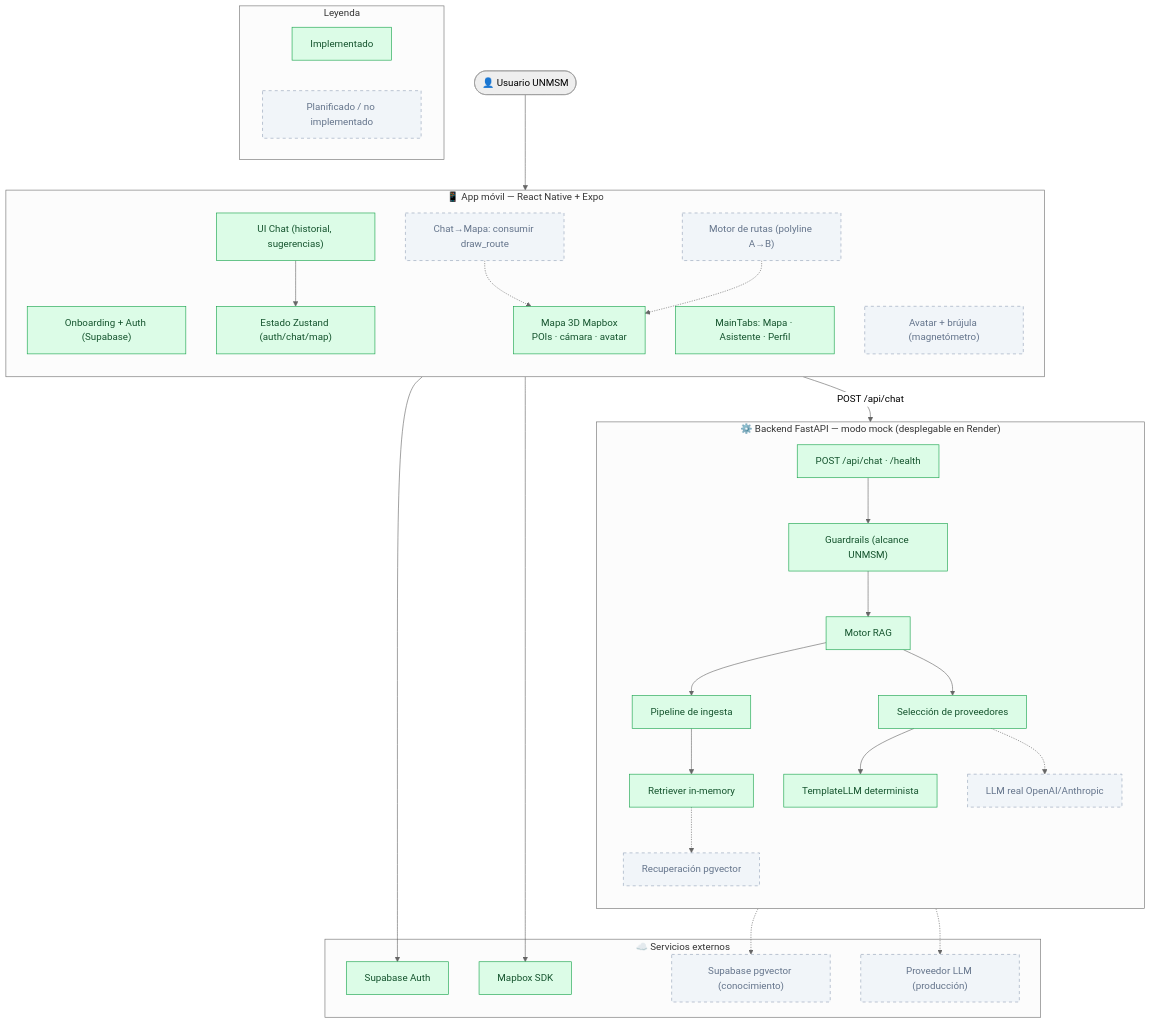
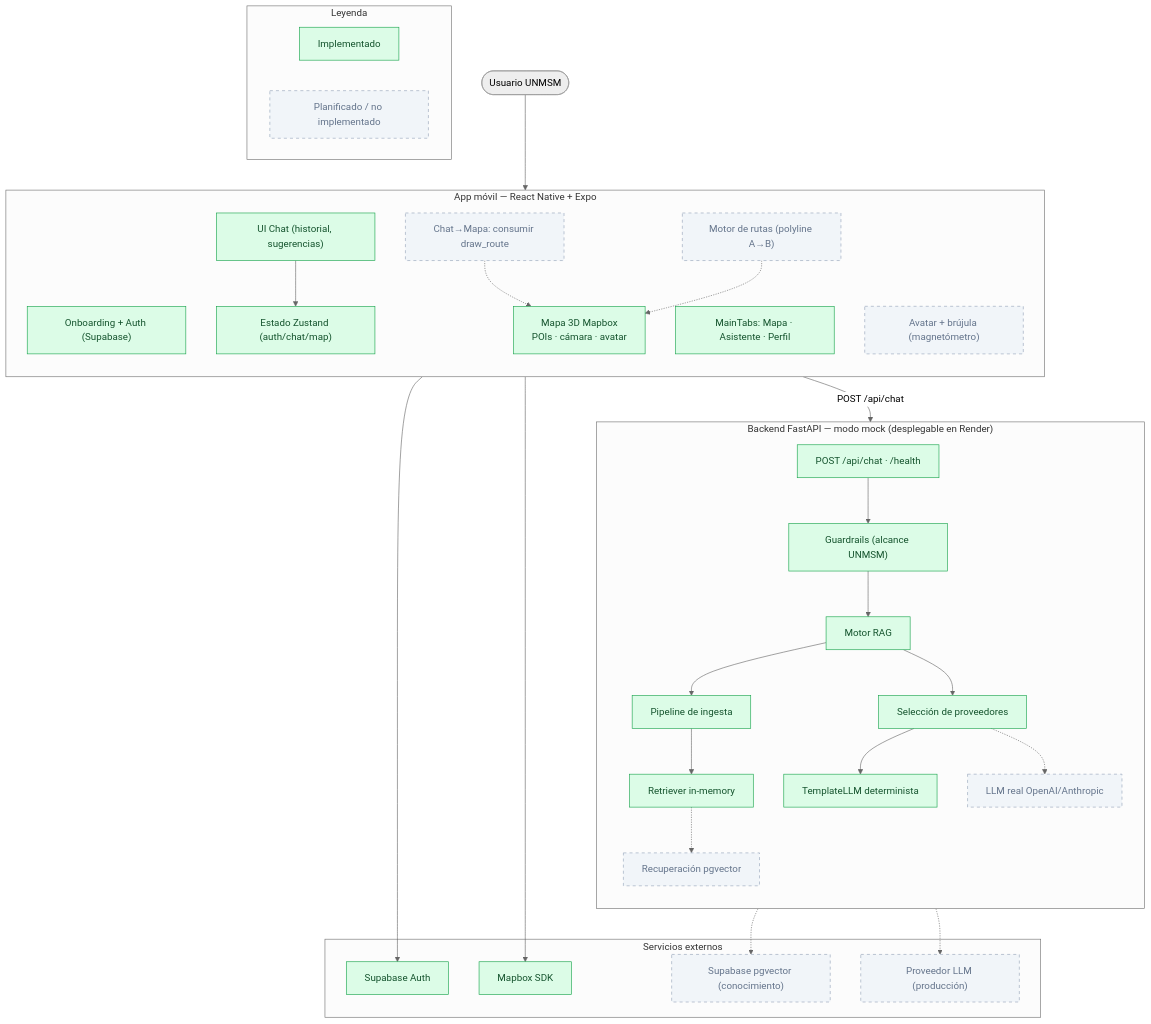
One commit to frank777ch/OndeSanMarcos changed the fifth of 5 diagrams in documents/01-arquitectura-general.md. Above: the diagram before and after it, drawn with Mermaid (neutral theme). The commit also changed other lines of this file and 7 other files, not shown here.

````diff
--- a/documents/01-arquitectura-general.md
+++ b/documents/01-arquitectura-general.md
@@ -224,59 +229,59 @@
 ```mermaid
 graph TB
-    user(["👤 Usuario UNMSM"])
+    user(["Usuario UNMSM"])
 
-    subgraph app["📱 App móvil — React Native + Expo"]
+    subgraph app["App móvil — React Native + Expo"]
         direction TB
         onb["Onboarding + Auth (Supabase)"]:::done
         tabs["MainTabs: Mapa · Asistente · Perfil"]:::done
         map3d["Mapa 3D Mapbox<br/>POIs · cámara · avatar"]:::done
         chatui["UI Chat (historial, sugerencias)"]:::done
         stores["Estado Zustand (auth/chat/map)"]:::done
         c2m["Chat→Mapa: consumir draw_route"]:::planned
         route["Motor de rutas (polyline A→B)"]:::planned
         sensors["Avatar + brújula (magnetómetro)"]:::planned
     end
 
-    subgraph be["⚙️ Backend FastAPI — modo mock (desplegable en Render)"]
+    subgraph be["Backend FastAPI — modo mock (desplegable en Render)"]
         direction TB
         api["POST /api/chat · /health"]:::done
         guard["Guardrails (alcance UNMSM)"]:::done
         engine["Motor RAG"]:::done
         ingest["Pipeline de ingesta"]:::done
         retr["Retriever in-memory"]:::done
         tllm["TemplateLLM determinista"]:::done
         prov["Selección de proveedores"]:::done
         realllm["LLM real OpenAI/Anthropic"]:::planned
         pgr["Recuperación pgvector"]:::planned
     end
 
-    subgraph cloud["☁️ Servicios externos"]
+    subgraph cloud["Servicios externos"]
         sbauth["Supabase Auth"]:::done
         mapbox["Mapbox SDK"]:::done
         sbvec["Supabase pgvector (conocimiento)"]:::planned
         llmapi["Proveedor LLM (producción)"]:::planned
     end
 
     subgraph leg["Leyenda"]
         L1["Implementado"]:::done
         L2["Planificado / no implementado"]:::planned
     end
 
     user --> app
     onb --> sbauth
     map3d --> mapbox
     chatui --> stores
     chatui -->|"POST /api/chat"| api
     api --> guard --> engine
     engine --> ingest --> retr
     engine --> prov
     prov --> tllm
     prov -.-> realllm
     retr -.-> pgr -.-> sbvec
     realllm -.-> llmapi
     c2m -.-> map3d
     route -.-> map3d
 
     classDef done fill:#dcfce7,stroke:#16a34a,color:#14532d;
     classDef planned fill:#f1f5f9,stroke:#94a3b8,stroke-dasharray:5 5,color:#64748b;
 ```
````
